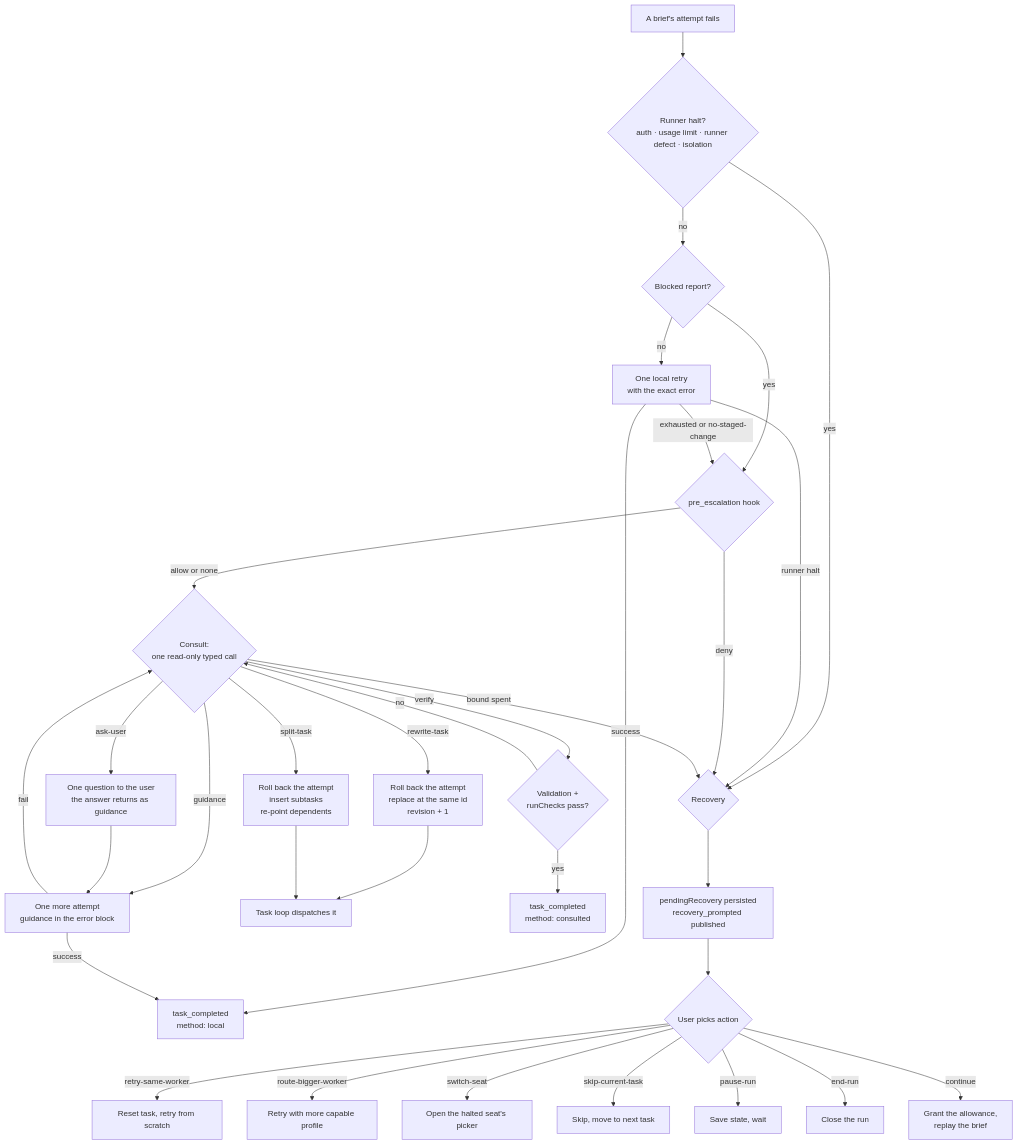
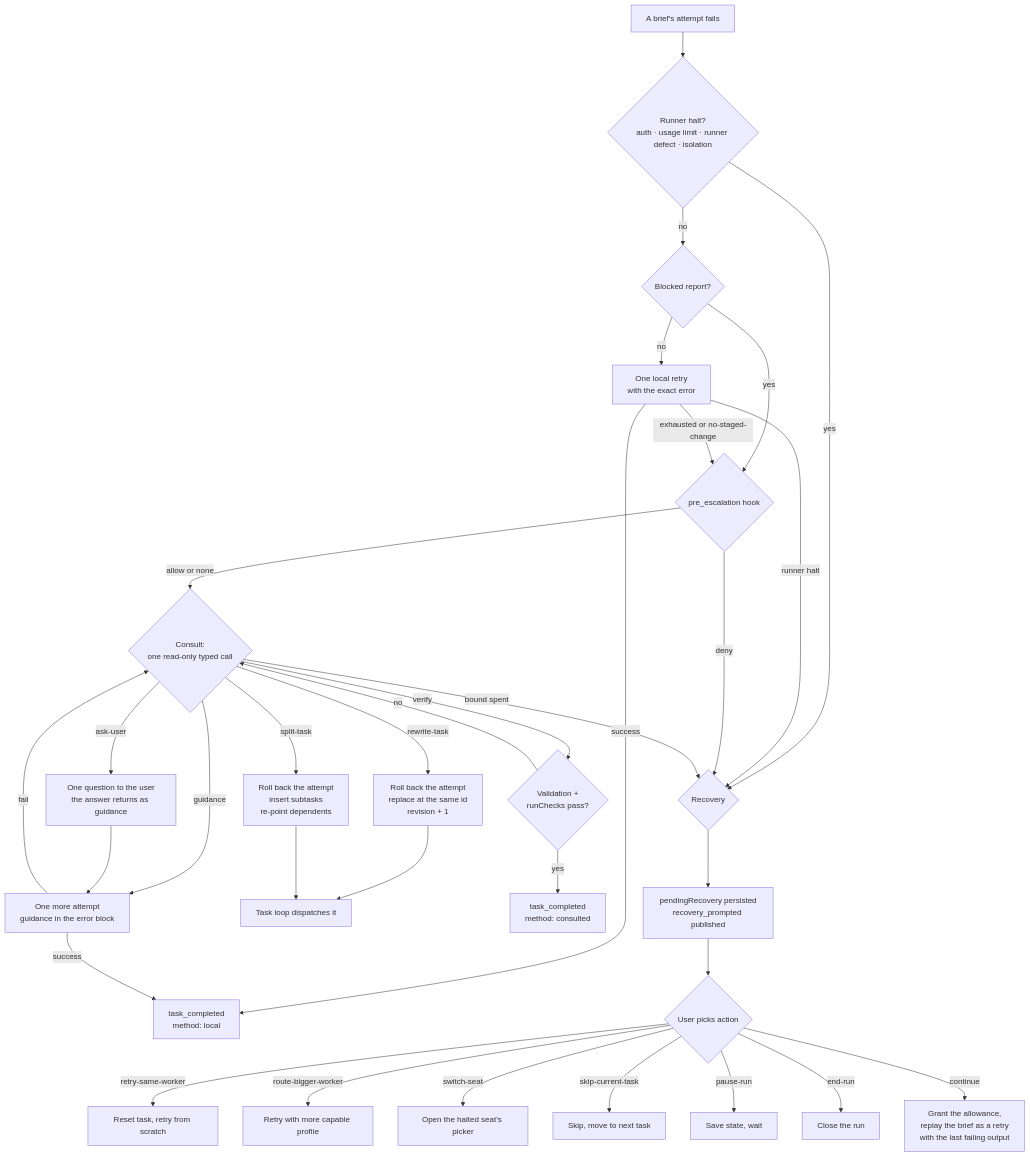
One commit to b4r7x/splitbrief changed the diagram in docs/APPROVAL-AND-RECOVERY.md. Above: the diagram before and after it, drawn with Mermaid. The commit also changed other lines of this file and 34 other files, not shown here.

````diff
--- a/docs/APPROVAL-AND-RECOVERY.md
+++ b/docs/APPROVAL-AND-RECOVERY.md
@@ -112,35 +113,35 @@
 ```mermaid
 flowchart TD
     F[A brief's attempt fails] --> H{Runner halt?<br/>auth · usage limit · runner defect · isolation}
     H -->|yes| REC{Recovery}
     H -->|no| B{Blocked report?}
     B -->|yes| HK{pre_escalation hook}
     B -->|no| LR[One local retry<br/>with the exact error]
     LR -->|success| DONE[task_completed<br/>method: local]
     LR -->|runner halt| REC
     LR -->|exhausted or no-staged-change| HK
     HK -->|deny| REC
     HK -->|allow or none| C{Consult:<br/>one read-only typed call}
     C -->|guidance| HR[One more attempt<br/>guidance in the error block]
     HR -->|success| DONE
     HR -->|fail| C
     C -->|rewrite-task| RW[Roll back the attempt<br/>replace at the same id<br/>revision + 1]
     RW --> LOOP[Task loop dispatches it]
     C -->|split-task| SP[Roll back the attempt<br/>insert subtasks<br/>re-point dependents]
     SP --> LOOP
     C -->|verify| V{Validation +<br/>runChecks pass?}
     V -->|yes| DONEC[task_completed<br/>method: consulted]
     V -->|no| C
     C -->|ask-user| ASK[One question to the user<br/>the answer returns as guidance]
     ASK --> HR
     C -->|bound spent| REC
     REC --> PROMPT[pendingRecovery persisted<br/>recovery_prompted published]
     PROMPT --> USER{User picks action}
     USER -->|retry-same-worker| RESET[Reset task, retry from scratch]
     USER -->|route-bigger-worker| BIGGER[Retry with more capable profile]
     USER -->|switch-seat| SWITCH[Open the halted seat's picker]
     USER -->|skip-current-task| SKIP[Skip, move to next task]
     USER -->|pause-run| PAUSE[Save state, wait]
     USER -->|end-run| ABORT[Close the run]
-    USER -->|continue| CONT[Grant the allowance,<br/>replay the brief]
+    USER -->|continue| CONT[Grant the allowance,<br/>replay the brief as a retry<br/>with the last failing output]
 ```
````
